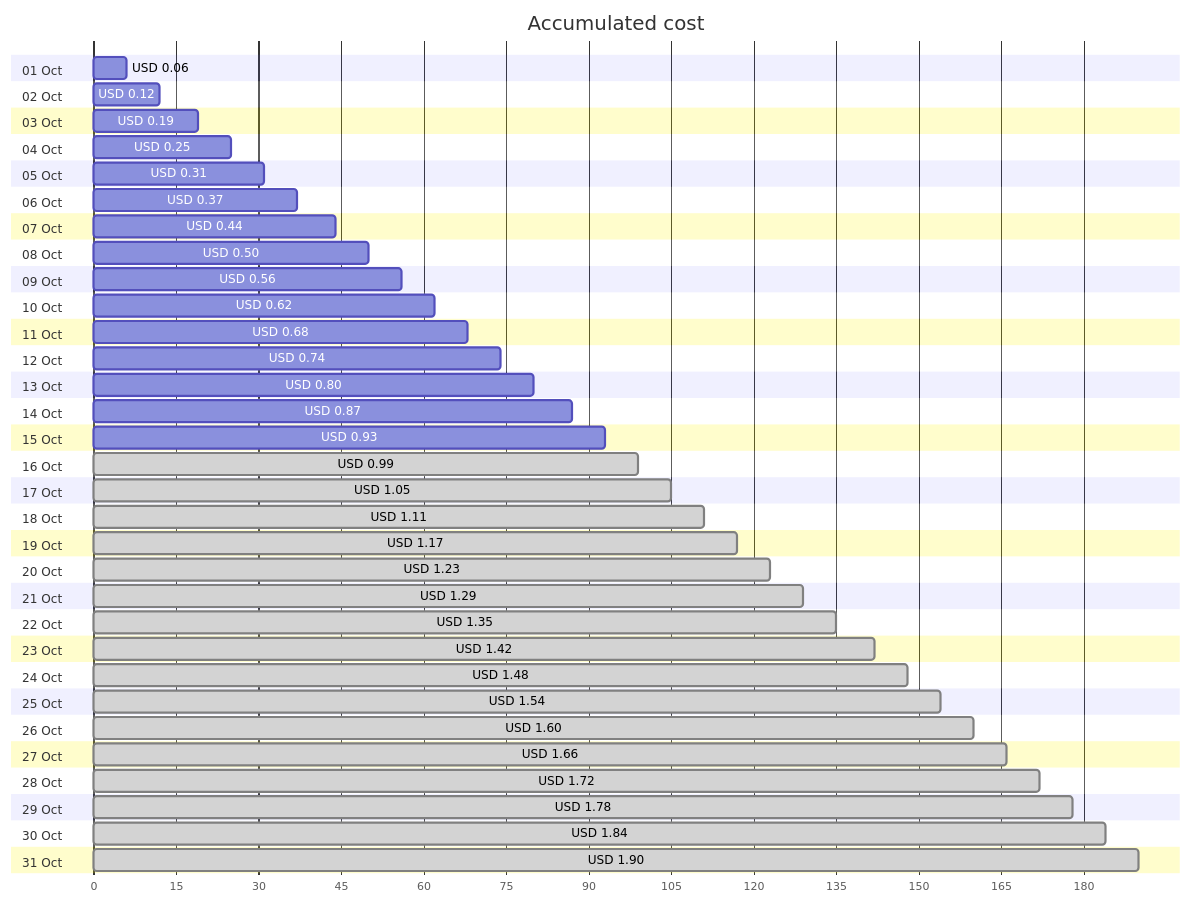
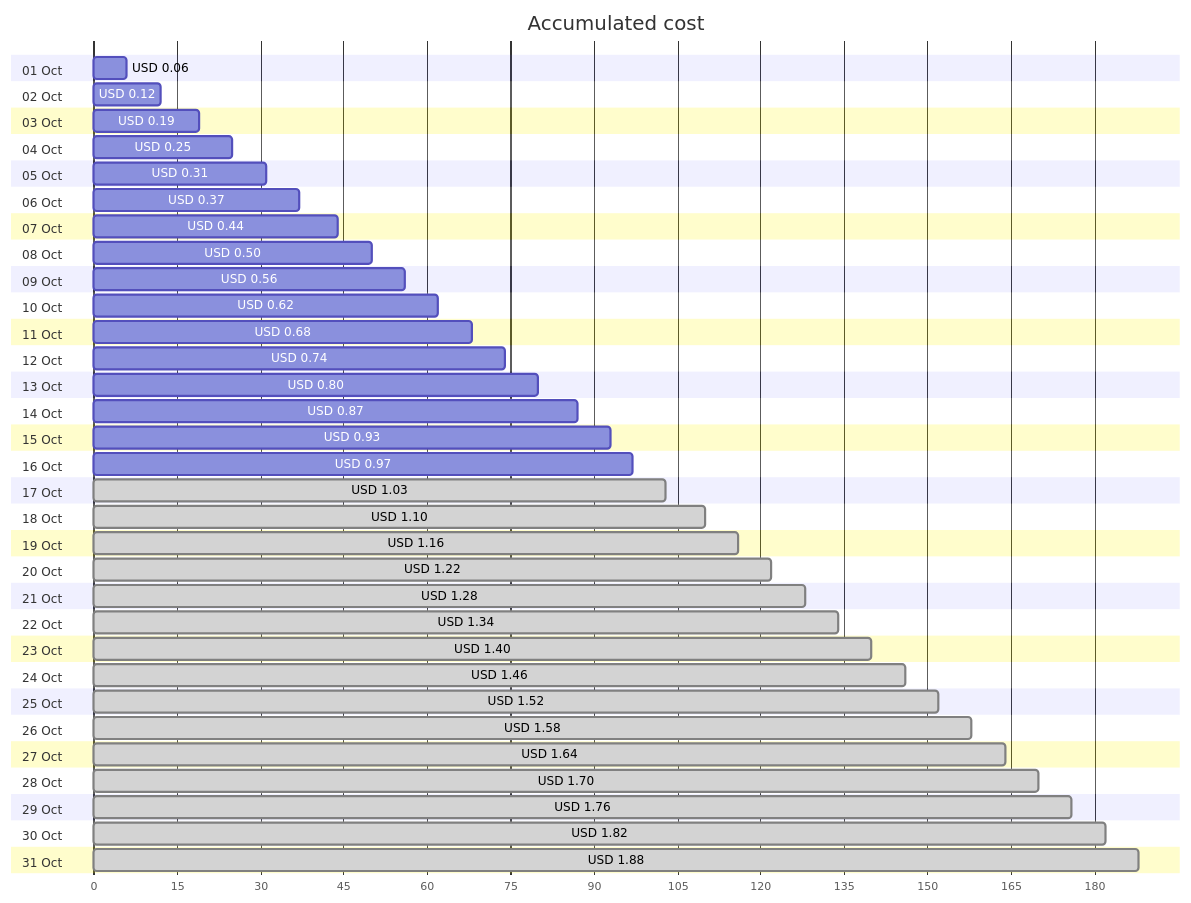
Before and after one commit to jpfulton/azure-personal-reports: the first of 4 diagrams in cost-reports/personal-network/vpn-server_OsDisk.md, drawn with Mermaid. The commit also changed other lines of this file and 8 other files, not shown here.

````diff
--- a/cost-reports/personal-network/vpn-server_OsDisk.md
+++ b/cost-reports/personal-network/vpn-server_OsDisk.md
@@ -20,68 +20,68 @@
 ```mermaid
 gantt
    title Accumulated cost
    dateFormat  X
    axisFormat %s
    section 01 Oct
    USD 0.06 :0, 6
    section 02 Oct
    USD 0.12 :0, 12
    section 03 Oct
    USD 0.19 :0, 19
    section 04 Oct
    USD 0.25 :0, 25
    section 05 Oct
    USD 0.31 :0, 31
    section 06 Oct
    USD 0.37 :0, 37
    section 07 Oct
    USD 0.44 :0, 44
    section 08 Oct
    USD 0.50 :0, 50
    section 09 Oct
    USD 0.56 :0, 56
    section 10 Oct
    USD 0.62 :0, 62
    section 11 Oct
    USD 0.68 :0, 68
    section 12 Oct
    USD 0.74 :0, 74
    section 13 Oct
    USD 0.80 :0, 80
    section 14 Oct
    USD 0.87 :0, 87
    section 15 Oct
    USD 0.93 :0, 93
    section 16 Oct
-   USD 0.99 : done, 0, 99
+   USD 0.97 :0, 97
    section 17 Oct
-   USD 1.05 : done, 0, 105
+   USD 1.03 : done, 0, 103
    section 18 Oct
-   USD 1.11 : done, 0, 111
+   USD 1.10 : done, 0, 110
    section 19 Oct
-   USD 1.17 : done, 0, 117
+   USD 1.16 : done, 0, 116
    section 20 Oct
-   USD 1.23 : done, 0, 123
+   USD 1.22 : done, 0, 122
    section 21 Oct
-   USD 1.29 : done, 0, 129
+   USD 1.28 : done, 0, 128
    section 22 Oct
-   USD 1.35 : done, 0, 135
+   USD 1.34 : done, 0, 134
    section 23 Oct
-   USD 1.42 : done, 0, 142
+   USD 1.40 : done, 0, 140
    section 24 Oct
-   USD 1.48 : done, 0, 148
+   USD 1.46 : done, 0, 146
    section 25 Oct
-   USD 1.54 : done, 0, 154
+   USD 1.52 : done, 0, 152
    section 26 Oct
-   USD 1.60 : done, 0, 160
+   USD 1.58 : done, 0, 158
    section 27 Oct
-   USD 1.66 : done, 0, 166
+   USD 1.64 : done, 0, 164
    section 28 Oct
-   USD 1.72 : done, 0, 172
+   USD 1.70 : done, 0, 170
    section 29 Oct
-   USD 1.78 : done, 0, 178
+   USD 1.76 : done, 0, 176
    section 30 Oct
-   USD 1.84 : done, 0, 184
+   USD 1.82 : done, 0, 182
    section 31 Oct
-   USD 1.90 : done, 0, 190
+   USD 1.88 : done, 0, 188
 ```
````
